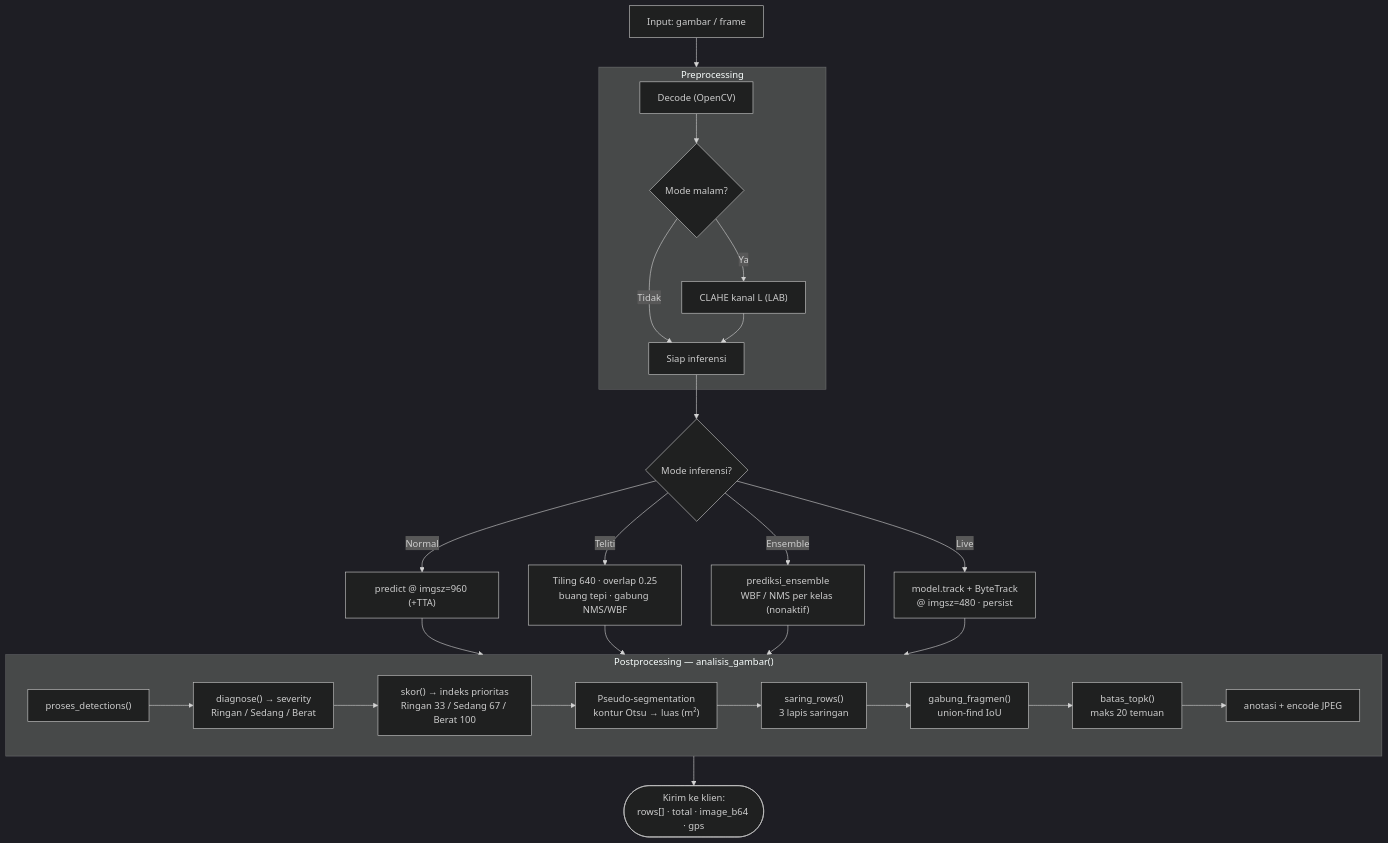
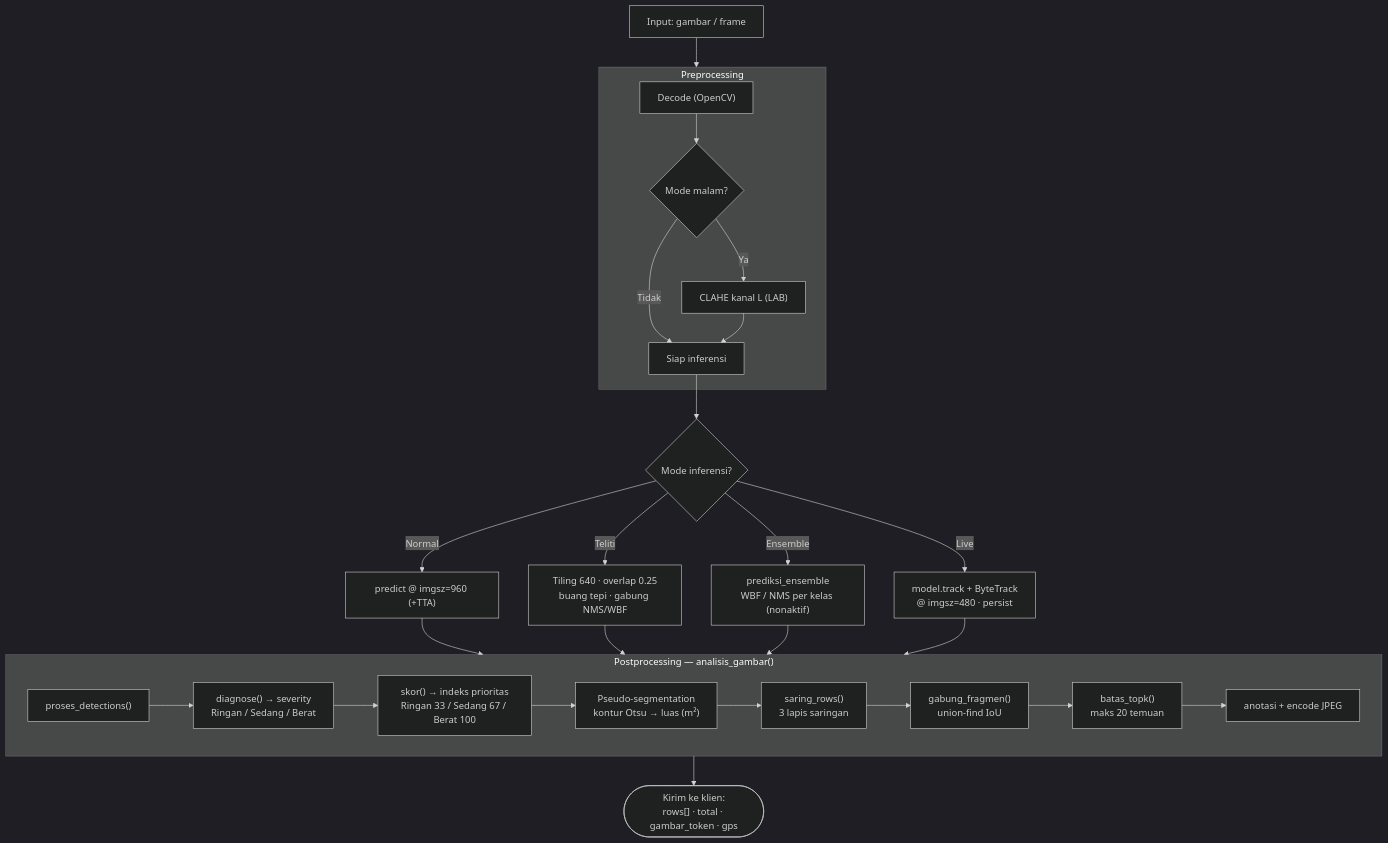
One commit to rachmatx/jalan-pantau changed the fifth of 6 diagrams in docs/User-Flow.md. Above: the diagram before and after it, drawn with Mermaid (dark theme). The commit also changed other lines of this file and 17 other files, not shown here.

First line of the commit message:
perf: transport gambar via token URL + batas proses 1536 px

````diff
--- a/docs/User-Flow.md
+++ b/docs/User-Flow.md
@@ -262,37 +262,37 @@
 ```mermaid
 flowchart TD
     IN["Input: gambar / frame"] --> PRE
 
     subgraph PRE ["Preprocessing"]
         DECODE["Decode (OpenCV)"]
         DECODE --> MALAM{"Mode malam?"}
         MALAM -->|Ya| CLAHE["CLAHE kanal L (LAB)"]
         MALAM -->|Tidak| LANJUT
         CLAHE --> LANJUT["Siap inferensi"]
     end
 
     LANJUT --> MODE{"Mode inferensi?"}
 
     MODE -->|Normal| NORMAL["predict @ imgsz=960 (+TTA)"]
     MODE -->|Teliti| TELITI["Tiling 640 · overlap 0.25<br/>buang tepi · gabung NMS/WBF"]
     MODE -->|Ensemble| ENSEMBLE["prediksi_ensemble<br/>WBF / NMS per kelas (nonaktif)"]
     MODE -->|Live| LIVE["model.track + ByteTrack<br/>@ imgsz=480 · persist"]
 
     NORMAL --> HASIL
     TELITI --> HASIL
     ENSEMBLE --> HASIL
     LIVE --> HASIL
 
     subgraph HASIL ["Postprocessing — analisis_gambar()"]
         H1["proses_detections()"]
         H1 --> H2["diagnose() → severity<br/>Ringan / Sedang / Berat"]
         H2 --> H3["skor() → indeks prioritas<br/>Ringan 33 / Sedang 67 / Berat 100"]
         H3 --> H4["Pseudo-segmentation<br/>kontur Otsu → luas (m²)"]
         H4 --> H5["saring_rows()<br/>3 lapis saringan"]
         H5 --> H6["gabung_fragmen()<br/>union-find IoU"]
         H6 --> H7["batas_topk()<br/>maks 20 temuan"]
         H7 --> H8["anotasi + encode JPEG"]
     end
 
-    HASIL --> OUT(["Kirim ke klien:<br/>rows[] · total · image_b64 · gps"])
+    HASIL --> OUT(["Kirim ke klien:<br/>rows[] · total · gambar_token · gps"])
 ```
````
